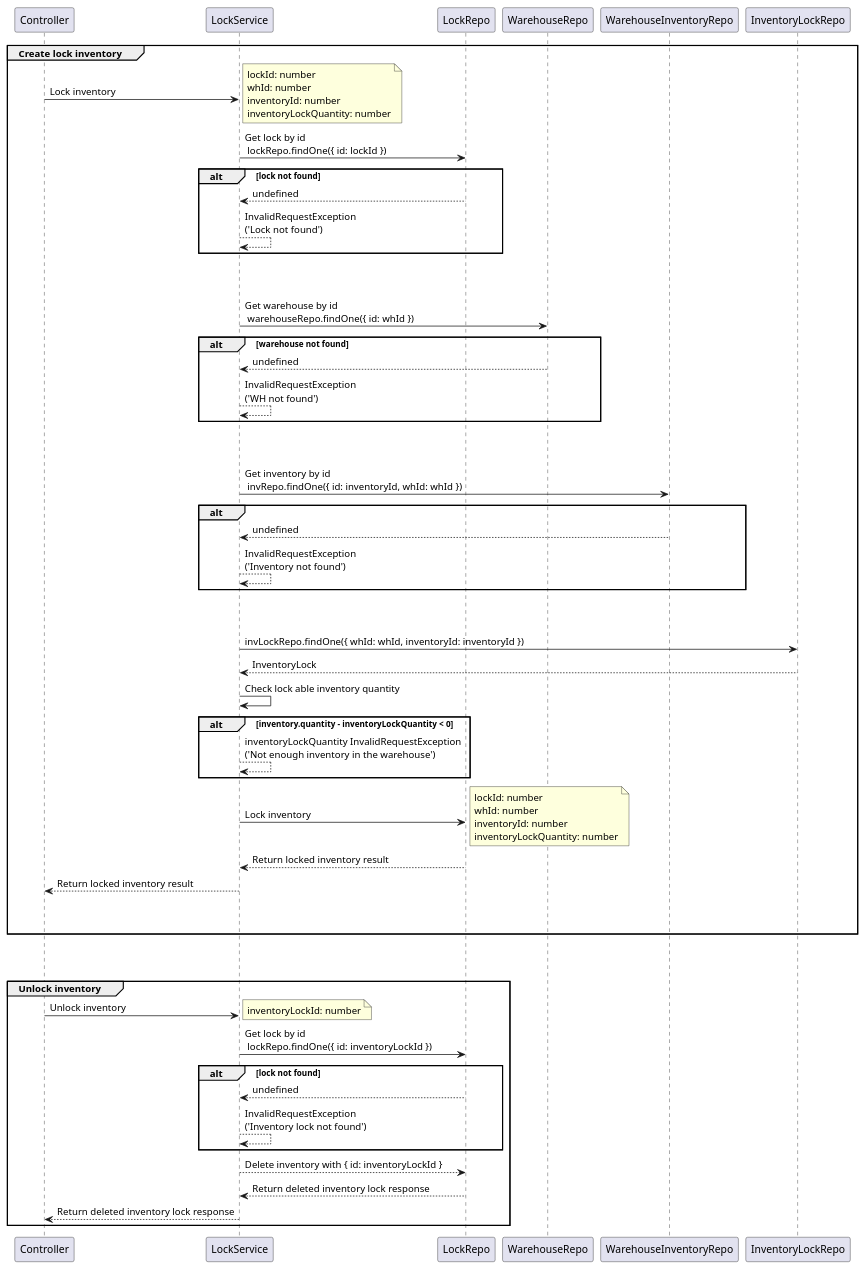
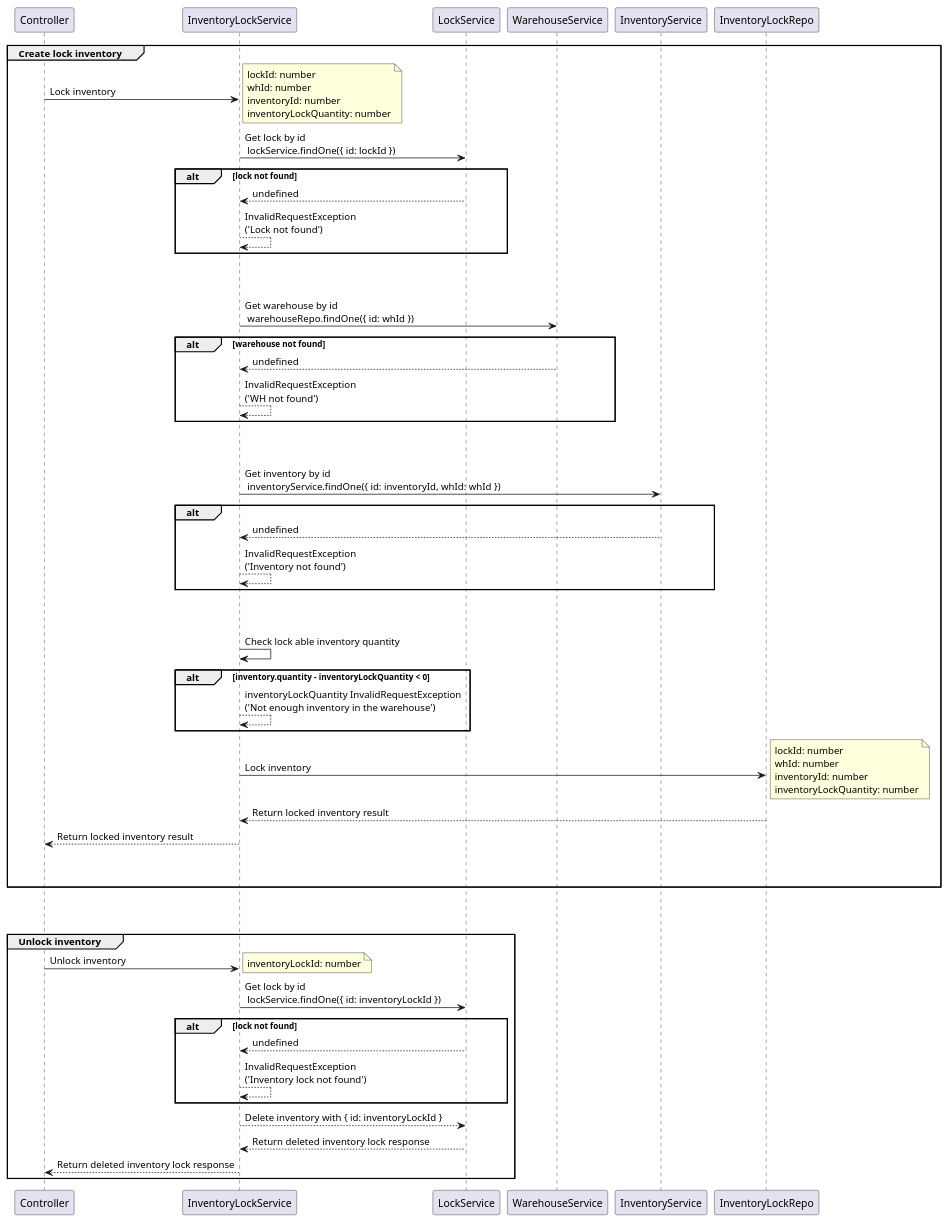
One commit to lodipay/lodipay-wms changed the diagram in docs/sequence-diagram/lock_inventory.md. Above: the diagram before and after it, drawn with PlantUML.

Commit message:
fix(doc): updated lock_inventory sequence diagram

```diff
--- a/docs/sequence-diagram/lock_inventory.md
+++ b/docs/sequence-diagram/lock_inventory.md
@@ -4,11 +4,11 @@
 @startuml
 
 participant "Controller" as controller
-participant "LockService" as service
-participant "LockRepo" as lockRepo
-participant "WarehouseRepo" as whRepo
-participant "WarehouseInventoryRepo" as invRepo
-participant "InventoryLockRepo" as invLockRepo
+participant "InventoryLockService" as service
+participant "LockService" as lockService
+participant "WarehouseService" as warehouseService
+participant "InventoryService" as inventoryService
+participant "InventoryLockRepo" as inventoryLockRepo
 
 group Create lock inventory
     controller -> service: Lock inventory
@@ -19,36 +19,36 @@
         inventoryLockQuantity: number
     end note
 
-    service -> lockRepo: Get lock by id \n lockRepo.findOne({ id: lockId })
+    service -> lockService: Get lock by id \n lockService.findOne({ id: lockId })
     
     alt lock not found
-        lockRepo --> service: undefined
+        lockService --> service: undefined
         service --> service: InvalidRequestException\n('Lock not found')
     end
     |||
     |||
 
-    service -> whRepo: Get warehouse by id \n warehouseRepo.findOne({ id: whId })
+    service -> warehouseService: Get warehouse by id \n warehouseRepo.findOne({ id: whId })
 
     alt warehouse not found
-        whRepo --> service: undefined
+        warehouseService --> service: undefined
         service --> service: InvalidRequestException\n('WH not found')
     end
     |||
     |||
 
-    service -> invRepo: Get inventory by id \n invRepo.findOne({ id: inventoryId, whId: whId })
+    service -> inventoryService: Get inventory by id \n inventoryService.findOne({ id: inventoryId, whId: whId })
 
     alt
-        invRepo --> service: undefined
+        inventoryService --> service: undefined
         service --> service: InvalidRequestException\n('Inventory not found')
     end
 
     |||
     |||
 
-    service -> invLockRepo: invLockRepo.findOne({ whId: whId, inventoryId: inventoryId })
-    invLockRepo --> service: InventoryLock
+    ' service -> inventoryLockRepo: inventoryLockRepo.findOne({ whId: whId, inventoryId: inventoryId })
+    ' inventoryLockRepo --> service: InventoryLock
 
     service -> service: Check lock able inventory quantity
 
@@ -56,7 +56,7 @@
         service --> service: inventoryLockQuantity InvalidRequestException\n('Not enough inventory in the warehouse')
     end
 
-    service -> lockRepo: Lock inventory
+    service -> inventoryLockRepo: Lock inventory
 
     note right
         lockId: number
@@ -65,7 +65,7 @@
         inventoryLockQuantity: number
     end note
 
-    lockRepo --> service: Return locked inventory result
+    inventoryLockRepo --> service: Return locked inventory result
 
     service --> controller: Return locked inventory result
 
@@ -83,16 +83,16 @@
         inventoryLockId: number
     end note
 
-    service -> lockRepo: Get lock by id \n lockRepo.findOne({ id: inventoryLockId })
+    service -> lockService: Get lock by id \n lockService.findOne({ id: inventoryLockId })
 
     alt lock not found
-        lockRepo --> service: undefined
+        lockService --> service: undefined
         service --> service: InvalidRequestException\n('Inventory lock not found')
     end
 
-    service --> lockRepo: Delete inventory with { id: inventoryLockId }
+    service --> lockService: Delete inventory with { id: inventoryLockId }
 
-    lockRepo --> service: Return deleted inventory lock response
+    lockService --> service: Return deleted inventory lock response
 
     service --> controller: Return deleted inventory lock response
 end
```
